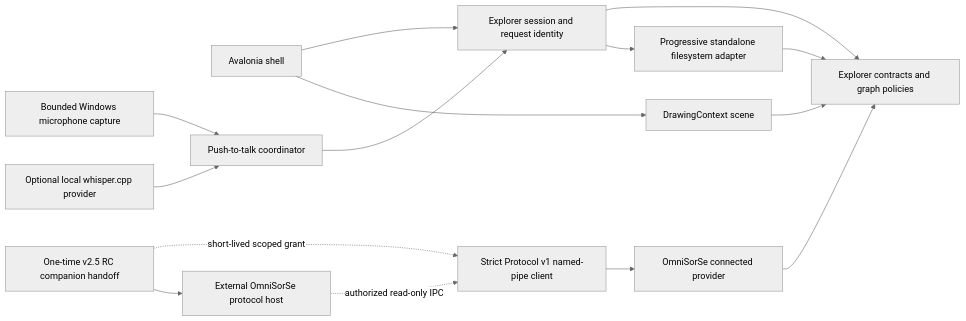
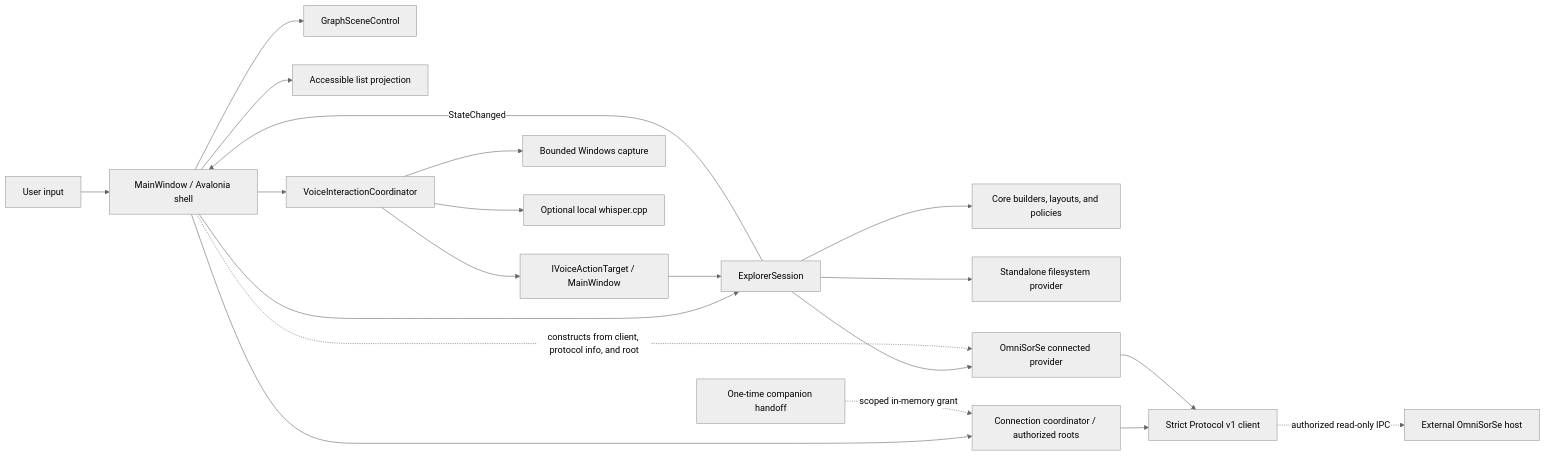
One commit to nishdel/OmniBrille changed the first of 3 diagrams in docs/architecture.md. Above: the diagram before and after it, drawn with Mermaid (neutral theme). The commit also changed other lines of this file and 63 other files, not shown here.

````diff
--- a/docs/architecture.md
+++ b/docs/architecture.md
@@ -9,17 +19,22 @@
 ```mermaid
 flowchart LR
-    Shell[Avalonia shell] --> Session[Explorer session and request identity]
-    Session --> Core[Explorer contracts and graph policies]
-    Shell --> Renderer[DrawingContext scene]
-    Renderer --> Core
-    FS[Progressive standalone filesystem adapter] --> Core
-    Session --> FS
-    Connected[OmniSorSe connected provider] --> Core
-    Client[Strict Protocol v1 named-pipe client] --> Connected
-    Handoff[One-time v2.5 RC companion handoff] -. short-lived scoped grant .-> Client
-    Host[External OmniSorSe protocol host] -. authorized read-only IPC .-> Client
-    Handoff --> Host
-    Voice[Push-to-talk coordinator] --> Session
-    Capture[Bounded Windows microphone capture] --> Voice
-    Speech[Optional local whisper.cpp provider] --> Voice
+    User[User input] --> Shell[MainWindow / Avalonia shell]
+    Shell --> Session[ExplorerSession]
+    Session --> Core[Core builders, layouts, and policies]
+    Session --> FS[Standalone filesystem provider]
+    Session --> Connected[OmniSorSe connected provider]
+    Shell --> Connection[Connection coordinator / authorized roots]
+    Connection --> Client[Strict Protocol v1 client]
+    Shell -. constructs from client, protocol info, and root .-> Connected
+    Connected --> Client
+    Handoff[One-time companion handoff] -. scoped in-memory grant .-> Connection
+    Client -. authorized read-only IPC .-> Host[External OmniSorSe host]
+    Session -- StateChanged --> Shell
+    Shell --> Renderer[GraphSceneControl]
+    Shell --> List[Accessible list projection]
+    Shell --> Voice[VoiceInteractionCoordinator]
+    Voice --> Target[IVoiceActionTarget / MainWindow]
+    Target --> Session
+    Voice --> Capture[Bounded Windows capture]
+    Voice --> Speech[Optional local whisper.cpp]
 ```
````
